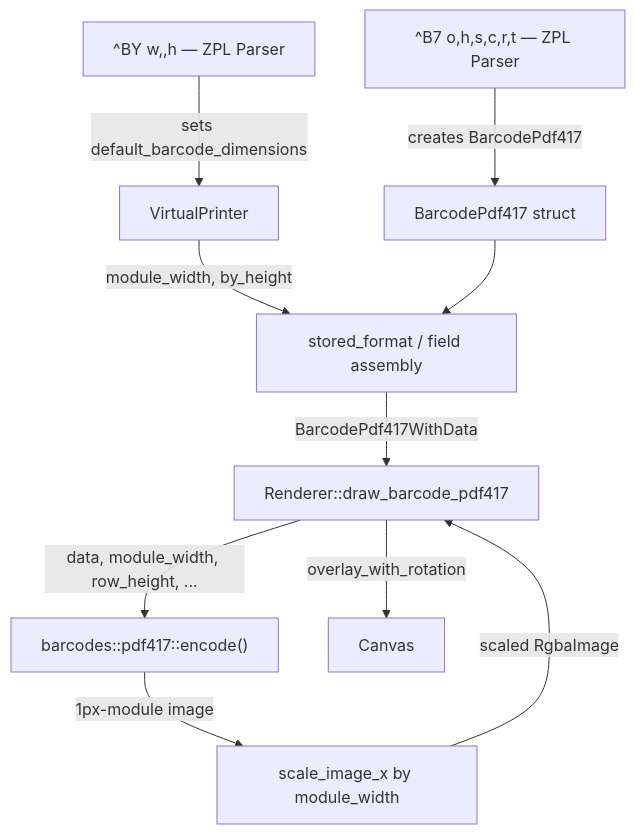
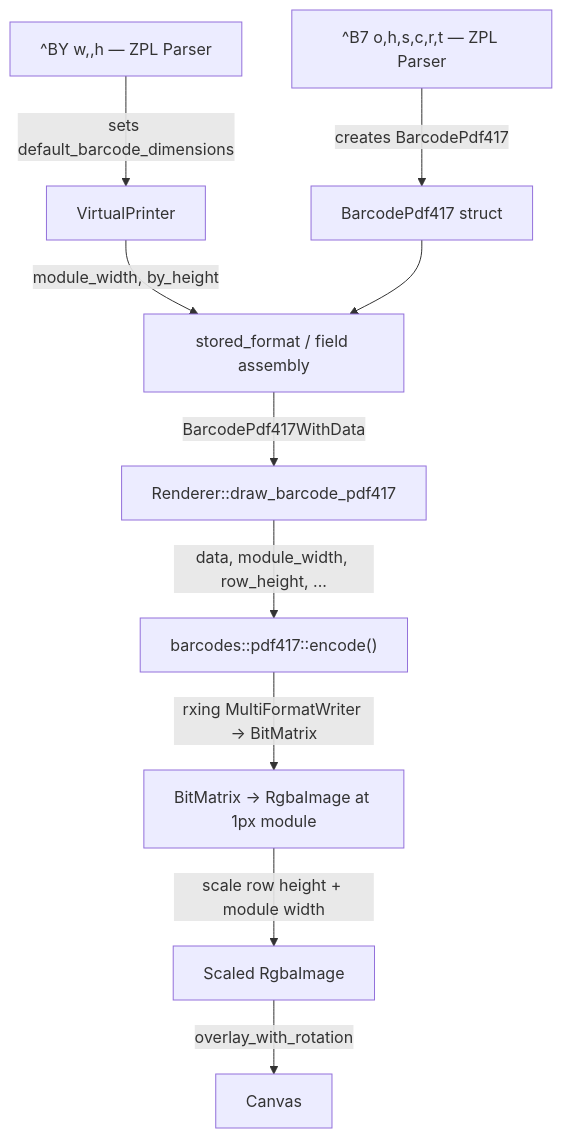
Before and after one commit to GOODBOY008/labelize: the first of 2 diagrams in .kiro/specs/pdf417-barcode-zpl/design.md, drawn with Mermaid. The commit also changed other lines of this file and 23 other files, not shown here.

````diff
--- a/.kiro/specs/pdf417-barcode-zpl/design.md
+++ b/.kiro/specs/pdf417-barcode-zpl/design.md
@@ -13,12 +15,12 @@
 ```mermaid
 graph TD
     A["^BY w,,h — ZPL Parser"] -->|sets default_barcode_dimensions| B[VirtualPrinter]
     C["^B7 o,h,s,c,r,t — ZPL Parser"] -->|creates BarcodePdf417| D[BarcodePdf417 struct]
     B -->|module_width, by_height| E[stored_format / field assembly]
     D --> E
     E -->|BarcodePdf417WithData| F[Renderer::draw_barcode_pdf417]
     F -->|data, module_width, row_height, ...| G["barcodes::pdf417::encode()"]
-    G -->|1px-module image| H[scale_image_x by module_width]
-    H -->|scaled RgbaImage| F
-    F -->|overlay_with_rotation| I[Canvas]
+    G -->|"rxing MultiFormatWriter → BitMatrix"| H[BitMatrix → RgbaImage at 1px module]
+    H -->|scale row height + module width| I[Scaled RgbaImage]
+    I -->|overlay_with_rotation| J[Canvas]
 ```
````
